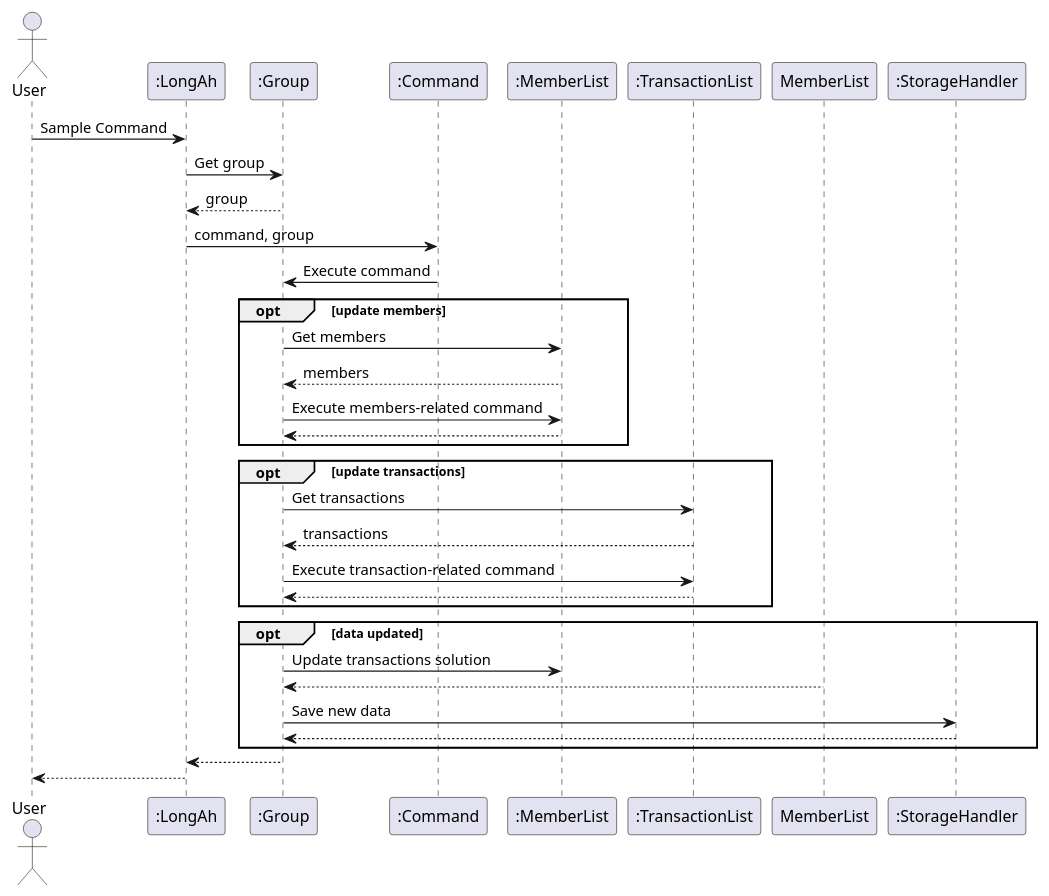
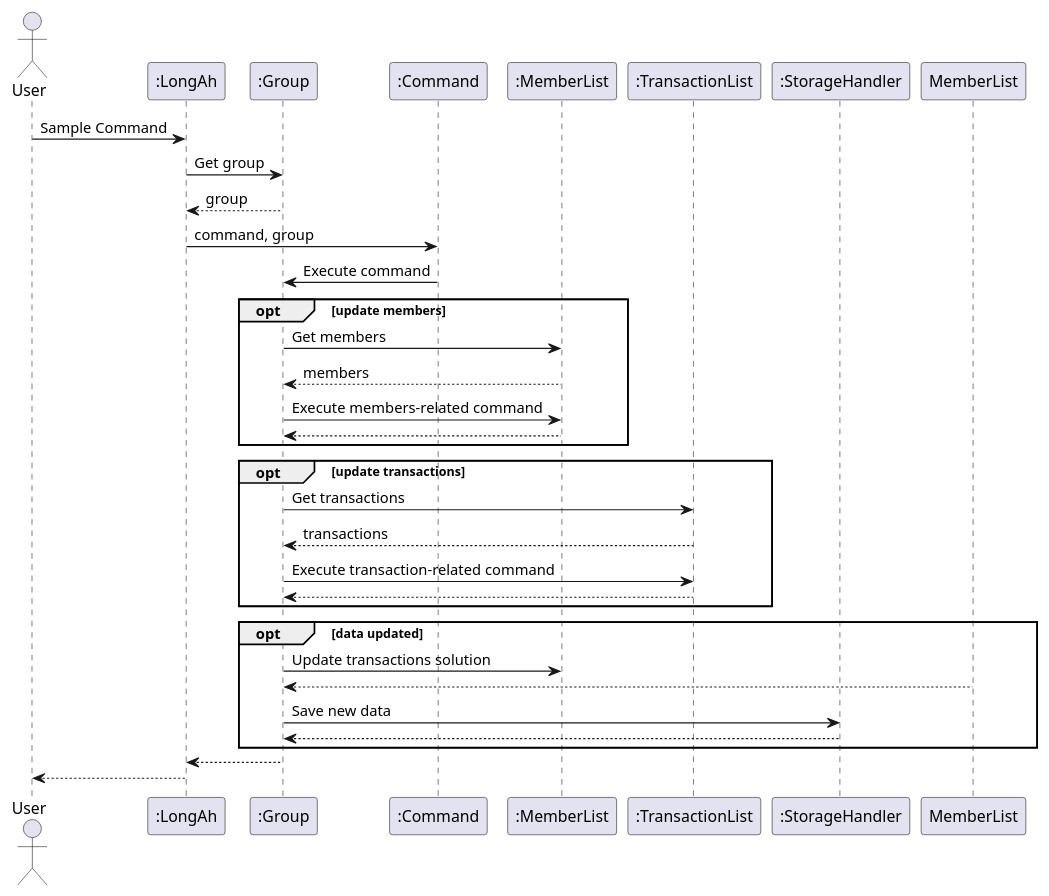
Before and after one commit to jing-xiang/tp: the diagram in docs/diagrams/CommandExecutionSequence.puml, drawn with PlantUML. The commit also changed 4 other files, not shown here.

```diff
--- a/docs/diagrams/CommandExecutionSequence.puml
+++ b/docs/diagrams/CommandExecutionSequence.puml
@@ -1,28 +1,39 @@
 @startuml
 actor User
+participant ":LongAh"
+participant ":Group"
+participant ":Command"
+participant ":MemberList"
+participant ":TransactionList"
+participant ":StorageHandler"
+
 User -> ":LongAh": Sample Command
 ":LongAh" -> ":Group": Get group
 ":Group"--> ":LongAh": group
 ":LongAh" -> ":Command": command, group
 ":Command" -> ":Group": Execute command
+
 opt update members
   ":Group" -> ":MemberList": Get members
   ":MemberList" --> ":Group": members
   ":Group"-> ":MemberList": Execute members-related command
   ":MemberList" --> ":Group"
 end
+
 opt update transactions
   ":Group"-> ":TransactionList": Get transactions
   ":TransactionList"--> ":Group": transactions
   ":Group"-> ":TransactionList": Execute transaction-related command
   ":TransactionList"--> ":Group"
 end
+
 opt data updated
   ":Group"-> ":MemberList": Update transactions solution
   MemberList --> ":Group"
   ":Group"-> ":StorageHandler": Save new data
   ":StorageHandler" --> ":Group"
 end
+
 ":Group"--> ":LongAh"
 ":LongAh" --> User
 @enduml
```
